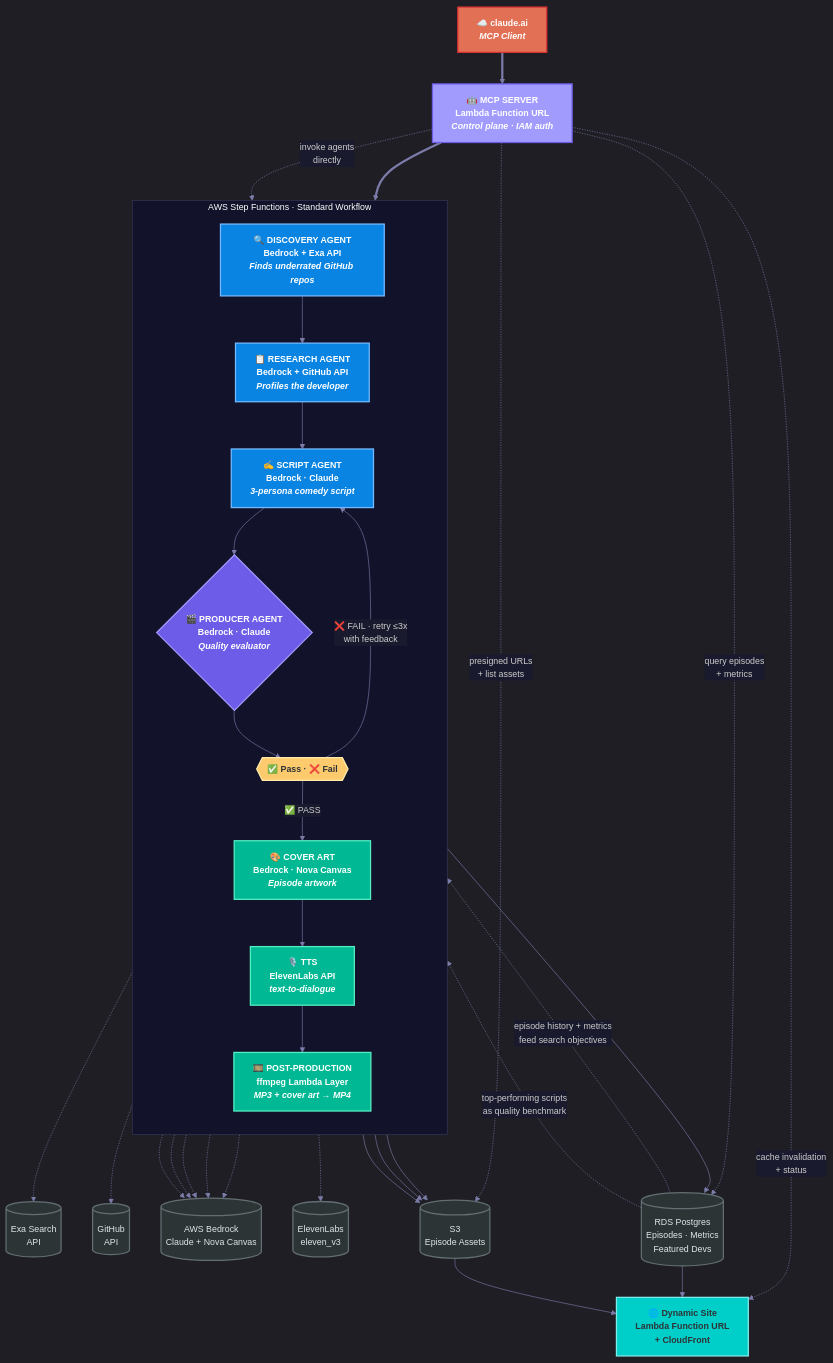
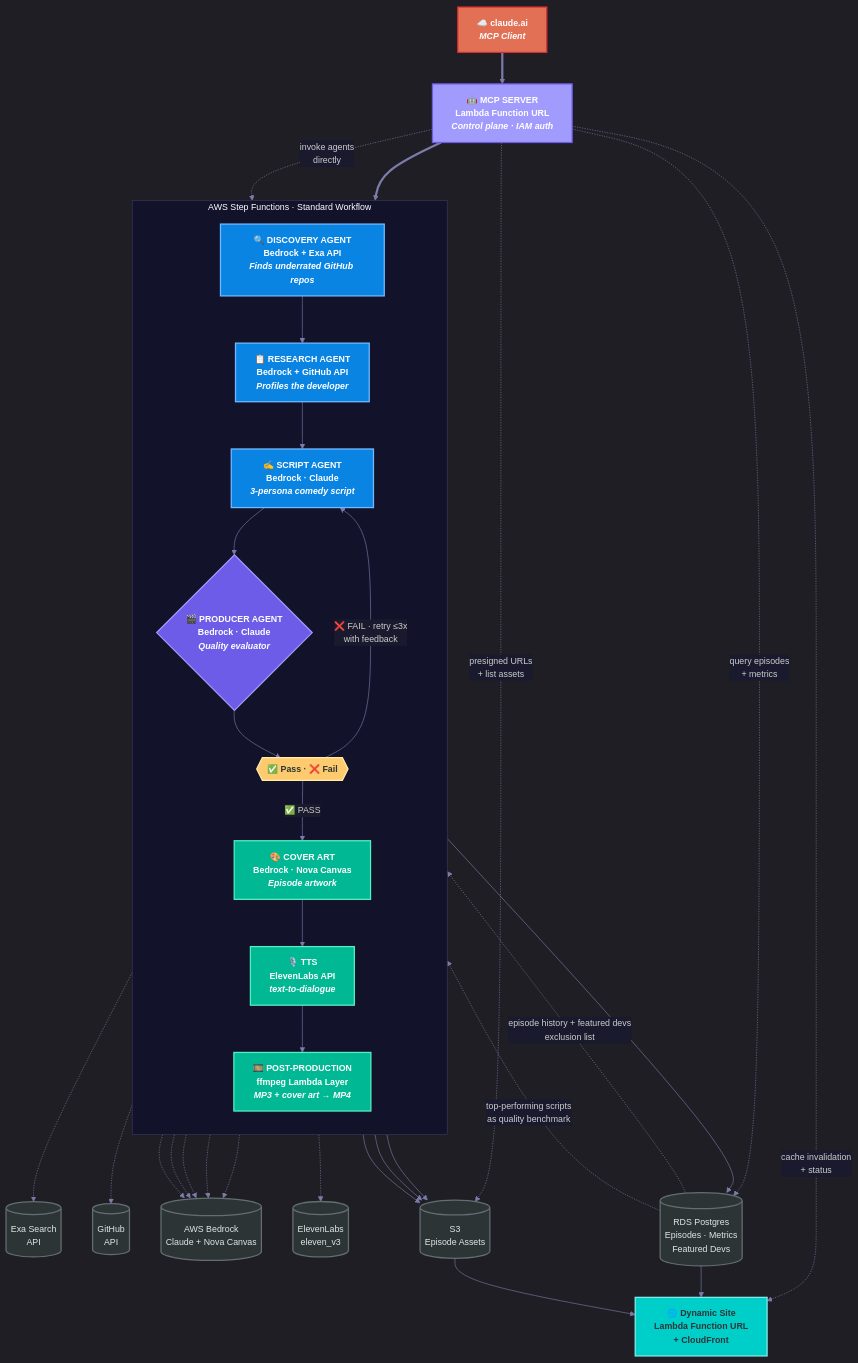
Before and after one commit to rhprasad0/closed-loop-ai-podcast: the diagram in README.md, drawn with Mermaid. The commit also changed other lines of this file and 19 other files, not shown here.

```diff
--- a/README.md
+++ b/README.md
@@ -62,7 +62,7 @@
     COVERART -.-> BEDROCK
     TTS -.-> ELEVENLABS
 
-    RDS -. "episode history + metrics<br/>feed search objectives" .-> DISCOVERY
+    RDS -. "episode history + featured devs<br/>exclusion list" .-> DISCOVERY
     RDS -. "top-performing scripts<br/>as quality benchmark" .-> PRODUCER
 
     COVERART --> S3
```
